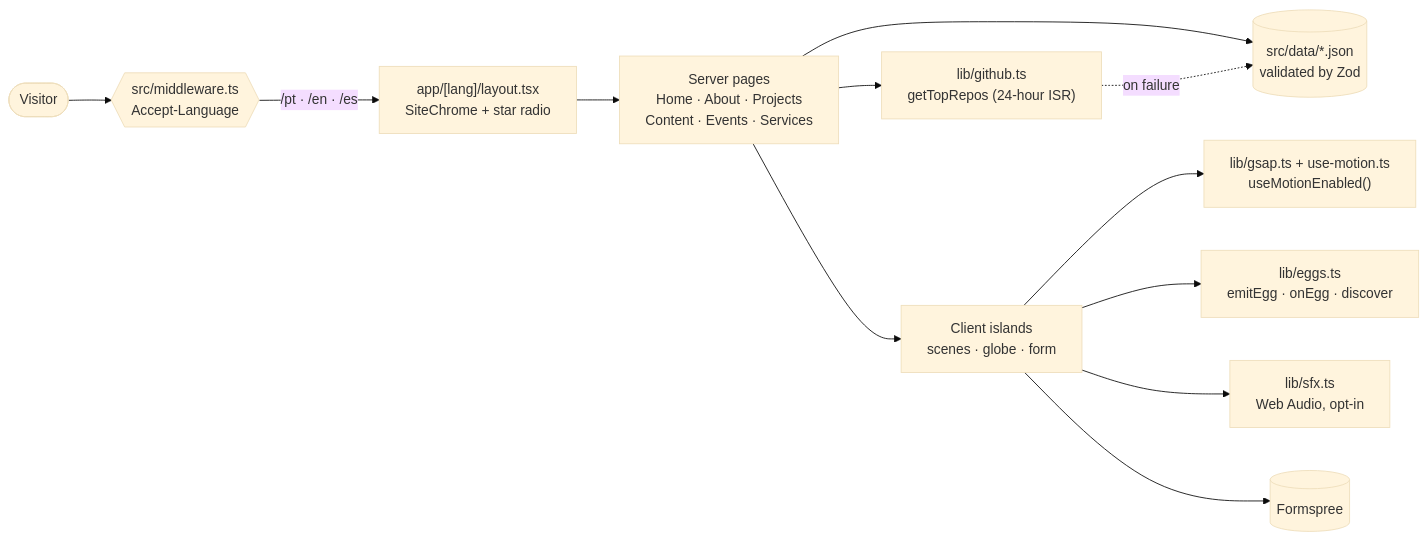
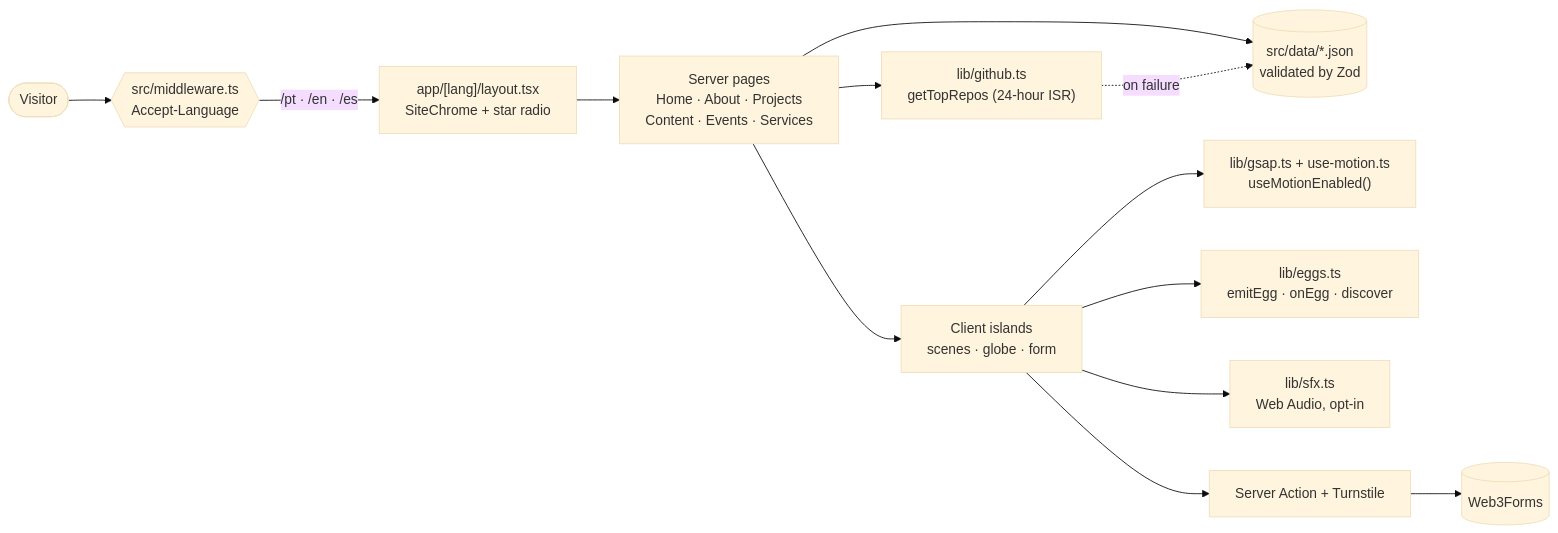
Before and after one commit to glaucia86/glaucialemos.dev: the diagram in README.md, drawn with Mermaid (base theme). The commit also changed other lines of this file and 18 other files, not shown here.

Commit message:
feat(contato): Server Action + Zod + Turnstile + Web3Forms, LinkedIn e LGPD no formulário de Serviços

````diff
--- a/README.md
+++ b/README.md
@@ -149,14 +149,15 @@
 ```mermaid
 flowchart LR
     V([Visitor]) --> M{{src/middleware.ts<br/>Accept-Language}}
     M -->|/pt · /en · /es| L["app/[lang]/layout.tsx<br/>SiteChrome + star radio"]
     L --> P["Server pages<br/>Home · About · Projects<br/>Content · Events · Services"]
     P --> D[("src/data/*.json<br/>validated by Zod")]
     P --> G["lib/github.ts<br/>getTopRepos (24-hour ISR)"]
     G -.on failure.-> D
     P --> C["Client islands<br/>scenes · globe · form"]
     C --> MO["lib/gsap.ts + use-motion.ts<br/>useMotionEnabled()"]
     C --> E["lib/eggs.ts<br/>emitEgg · onEgg · discover"]
     C --> S["lib/sfx.ts<br/>Web Audio, opt-in"]
-    C --> F[(Formspree)]
+    C --> A[Server Action + Turnstile]
+    A --> F[(Web3Forms)]
 ```
````
